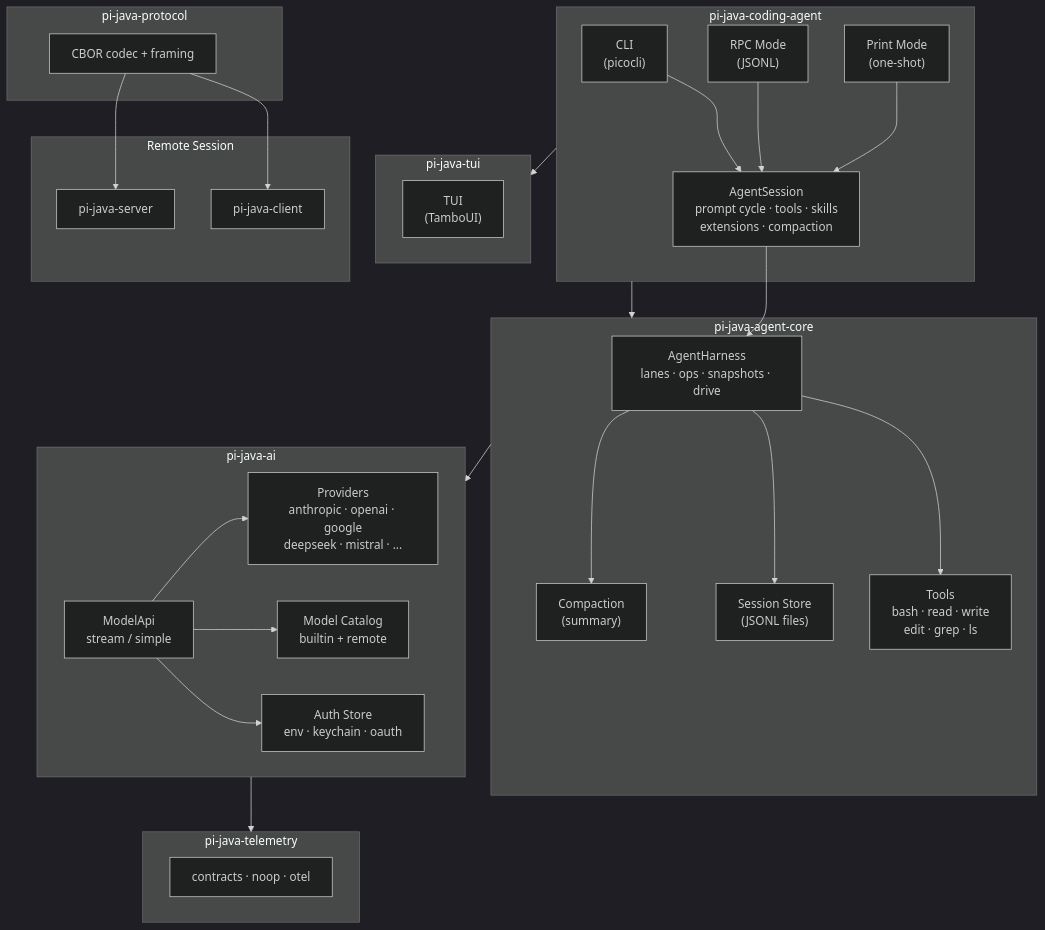
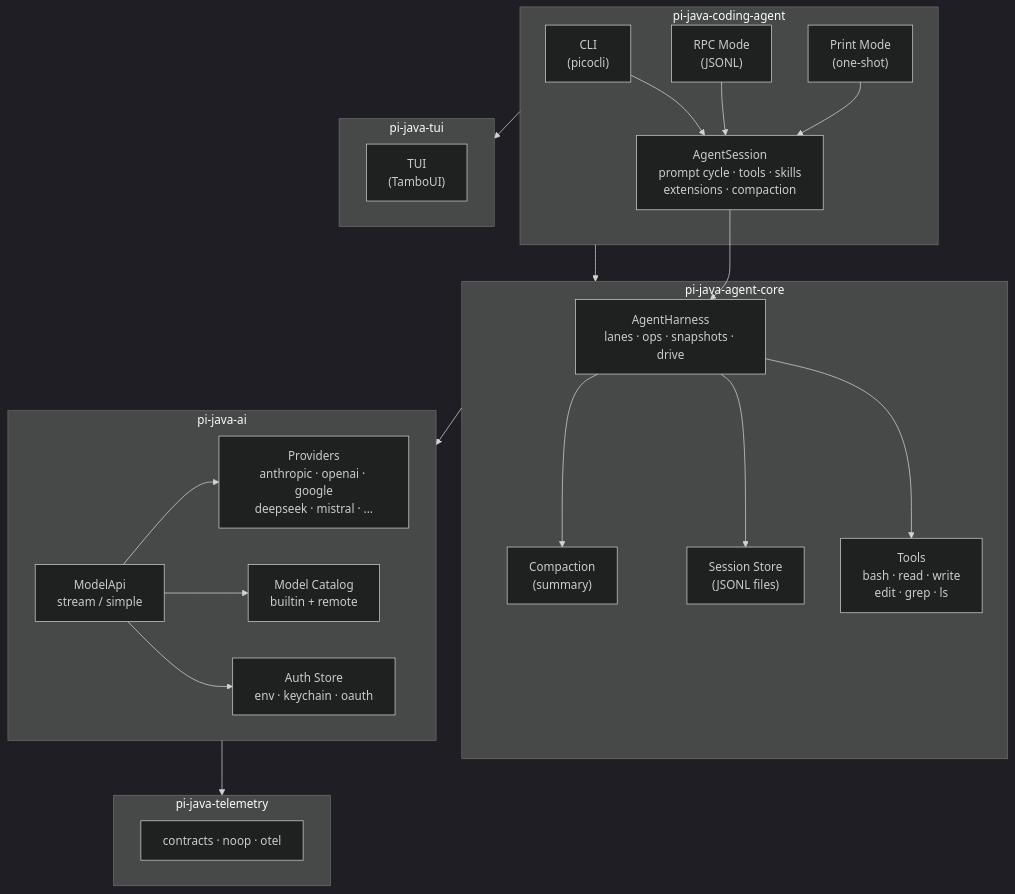
Before and after one commit to liangxingguang/pi-java: the first of 3 diagrams in docs/02-architecture-design.md, drawn with Mermaid (dark theme). The commit also changed other lines of this file and 59 other files, not shown here.

Commit message:
feat(build): remove client/protocol/server modules per pi R1

````diff
--- a/docs/02-architecture-design.md
+++ b/docs/02-architecture-design.md
@@ -11,57 +11,46 @@
 ```mermaid
 graph TB
     subgraph coding["pi-java-coding-agent"]
         CLI["CLI<br/>(picocli)"]
         RPC["RPC Mode<br/>(JSONL)"]
         PRINT["Print Mode<br/>(one-shot)"]
         SESSION["AgentSession<br/>prompt cycle · tools · skills<br/>extensions · compaction"]
         CLI --> SESSION
         RPC --> SESSION
         PRINT --> SESSION
     end
 
     subgraph tui["pi-java-tui"]
         TUI["TUI<br/>(TamboUI)"]
     end
 
     subgraph agent["pi-java-agent-core"]
         HARNESS["AgentHarness<br/>lanes · ops · snapshots · drive"]
         TOOLS["Tools<br/>bash · read · write<br/>edit · grep · ls"]
         STORE["Session Store<br/>(JSONL files)"]
         COMPACT["Compaction<br/>(summary)"]
         HARNESS --> TOOLS
         HARNESS --> STORE
         HARNESS --> COMPACT
     end
 
     subgraph ai["pi-java-ai"]
         API["ModelApi<br/>stream / simple"]
         PROVIDERS["Providers<br/>anthropic · openai · google<br/>deepseek · mistral · ..."]
         CATALOG["Model Catalog<br/>builtin + remote"]
         AUTH["Auth Store<br/>env · keychain · oauth"]
         API --> PROVIDERS
         API --> CATALOG
         API --> AUTH
     end
 
-    subgraph proto["pi-java-protocol"]
-        CBOR["CBOR codec + framing"]
-    end
-
-    subgraph remote["Remote Session"]
-        CLIENT["pi-java-client"]
-        SERVER["pi-java-server"]
-    end
-
     subgraph telemetry["pi-java-telemetry"]
         TEL["contracts · noop · otel"]
     end
 
     SESSION --> HARNESS
     coding --> agent
     coding --> tui
     agent --> ai
     ai --> telemetry
-    CBOR --> CLIENT
-    CBOR --> SERVER
 ```
````
